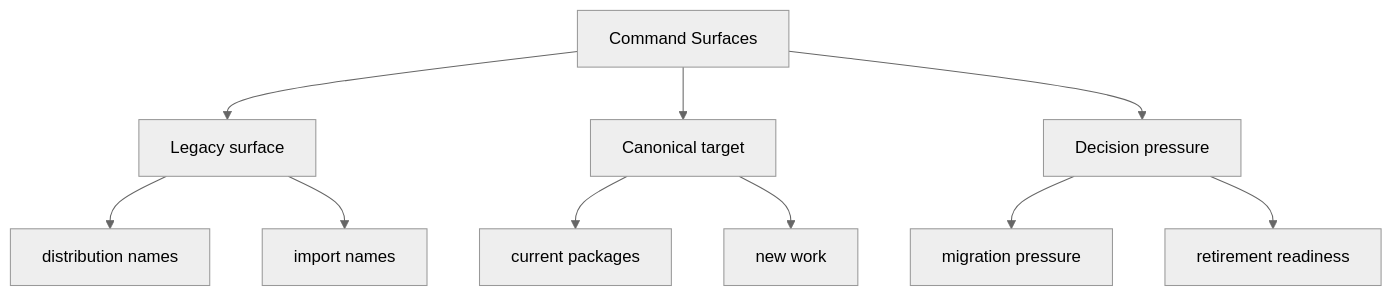
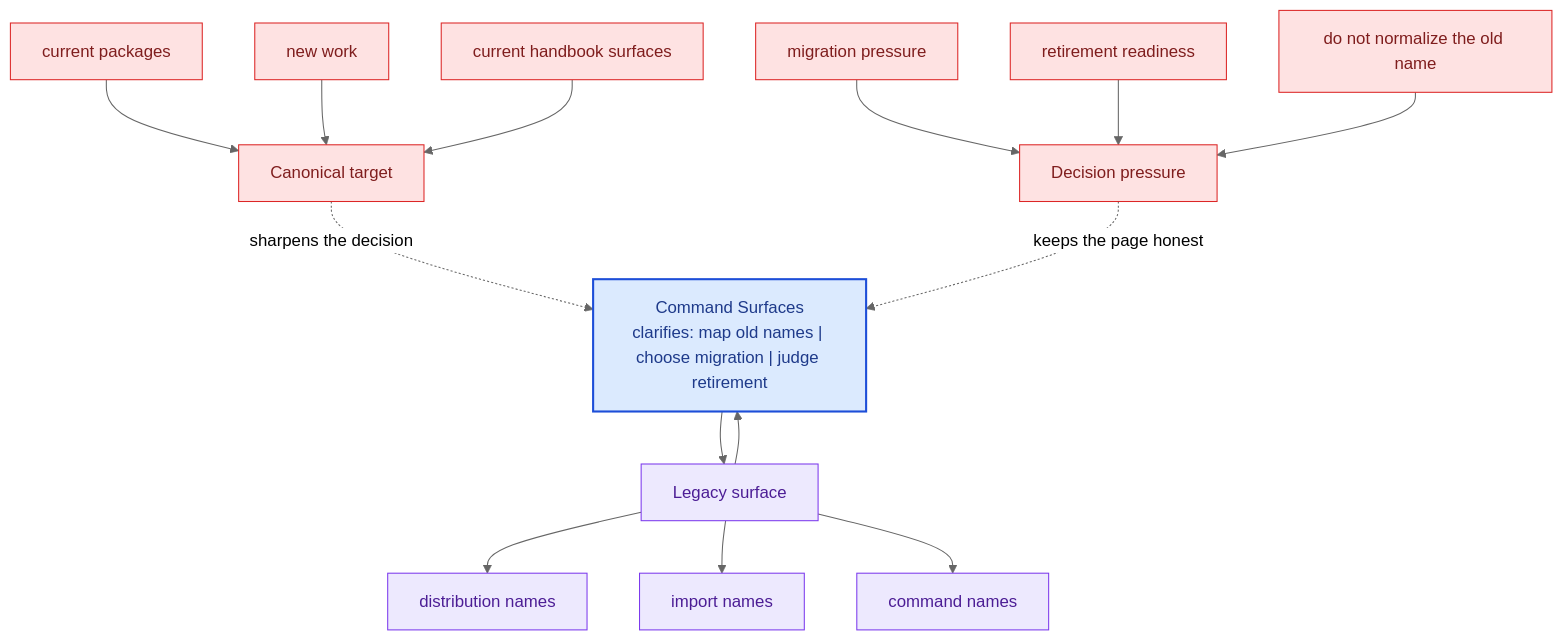
The second of 2 diagrams in docs/compat-packages/command-surfaces.md (bijux/bijux-canon), drawn with Mermaid (neutral theme) before and after one commit. The commit also changed other lines of this file and 281 other files, not shown here.

Commit message:
docs(diagrams): deepen handbook mermaid maps across the catalog

````diff
--- a/docs/compat-packages/command-surfaces.md
+++ b/docs/compat-packages/command-surfaces.md
@@ -35,22 +68,40 @@
 ```mermaid
-flowchart TD
-    page["Command Surfaces"]
+flowchart TB
+    promise["Command Surfaces<br/>clarifies: map old names | choose migration | judge retirement"]
+    classDef promise fill:#dbeafe,stroke:#1d4ed8,color:#1e3a8a,stroke-width:2px;
+    classDef driver fill:#dcfce7,stroke:#16a34a,color:#14532d;
+    classDef constraint fill:#fee2e2,stroke:#dc2626,color:#7f1d1d;
+    classDef ground fill:#ede9fe,stroke:#7c3aed,color:#4c1d95;
     focus1["Legacy surface"]
-    page --> focus1
+    focus1 --> promise
+    promise --> focus1
     focus1_1["distribution names"]
     focus1 --> focus1_1
     focus1_2["import names"]
     focus1 --> focus1_2
+    focus1_3["command names"]
+    focus1 --> focus1_3
+    class focus1 ground;
+    class focus1_1,focus1_2,focus1_3 ground;
     focus2["Canonical target"]
-    page --> focus2
+    focus2 -.sharpens the decision.-> promise
     focus2_1["current packages"]
-    focus2 --> focus2_1
+    focus2_1 --> focus2
     focus2_2["new work"]
-    focus2 --> focus2_2
+    focus2_2 --> focus2
+    focus2_3["current handbook surfaces"]
+    focus2_3 --> focus2
+    class focus2 constraint;
+    class focus2_1,focus2_2,focus2_3 constraint;
     focus3["Decision pressure"]
-    page --> focus3
+    focus3 -.keeps the page honest.-> promise
     focus3_1["migration pressure"]
-    focus3 --> focus3_1
+    focus3_1 --> focus3
     focus3_2["retirement readiness"]
-    focus3 --> focus3_2
+    focus3_2 --> focus3
+    focus3_3["do not normalize the old name"]
+    focus3_3 --> focus3
+    class focus3 constraint;
+    class focus3_1,focus3_2,focus3_3 constraint;
+    class promise promise;
 ```
````
